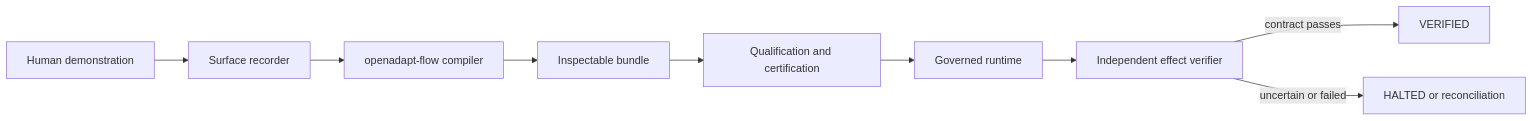
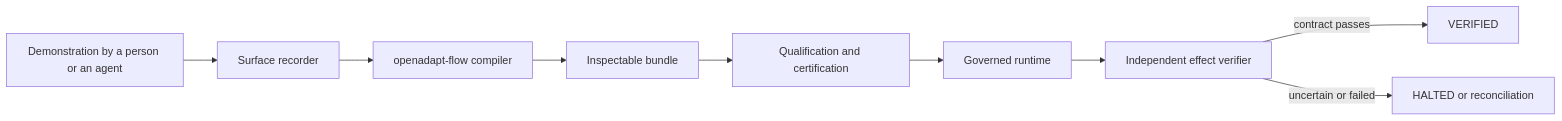
The diagram in docs/architecture.md (OpenAdaptAI/OpenAdapt), drawn with Mermaid before and after one commit. The commit also changed other lines of this file, not shown here.

First line of the commit message:
docs(architecture): a person or an agent shows the task

````diff
--- a/docs/architecture.md
+++ b/docs/architecture.md
@@ -11,11 +12,11 @@
 ```mermaid
 flowchart LR
-    H[Human demonstration] --> R[Surface recorder]
+    H[Demonstration by a person or an agent] --> R[Surface recorder]
     R --> C[openadapt-flow compiler]
     C --> B[Inspectable bundle]
     B --> Q[Qualification and certification]
     Q --> X[Governed runtime]
     X --> V[Independent effect verifier]
     V -->|contract passes| OK[VERIFIED]
     V -->|uncertain or failed| STOP[HALTED or reconciliation]
 ```
````
